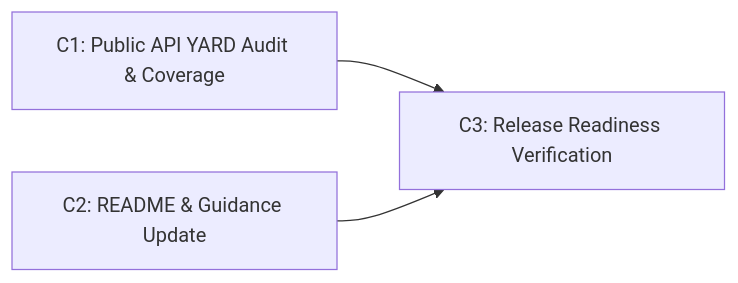
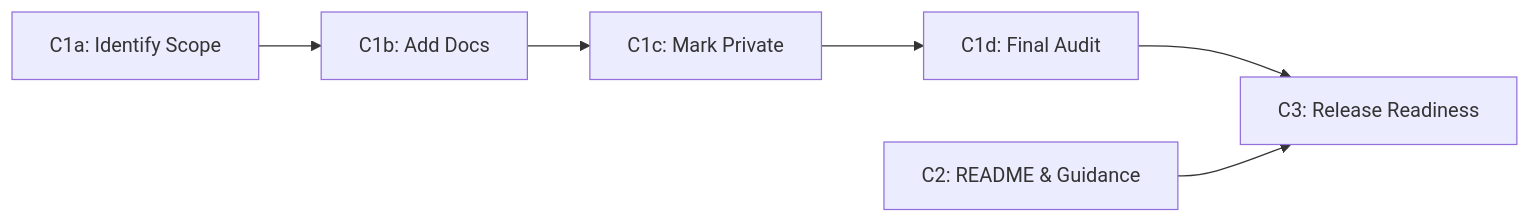
The diagram in redesign/Phase 4 - Step C.md (ruby-git/ruby-git), drawn with Mermaid before and after one commit. The commit also changed other lines of this file, not shown here.

````diff
--- a/redesign/Phase 4 - Step C.md
+++ b/redesign/Phase 4 - Step C.md
@@ -67,9 +75,15 @@
 ```mermaid
 graph LR
-    C1["C1: Public API YARD Audit & Coverage"]
-    C2["C2: README & Guidance Update"]
-    C3["C3: Release Readiness Verification"]
+    C1a["C1a: Identify Scope"]
+    C1b["C1b: Add Docs"]
+    C1c["C1c: Mark Private"]
+    C1d["C1d: Final Audit"]
+    C2["C2: README & Guidance"]
+    C3["C3: Release Readiness"]
 
-    C1 --> C3
+    C1a --> C1b
+    C1b --> C1c
+    C1c --> C1d
+    C1d --> C3
     C2 --> C3
 ```
````
